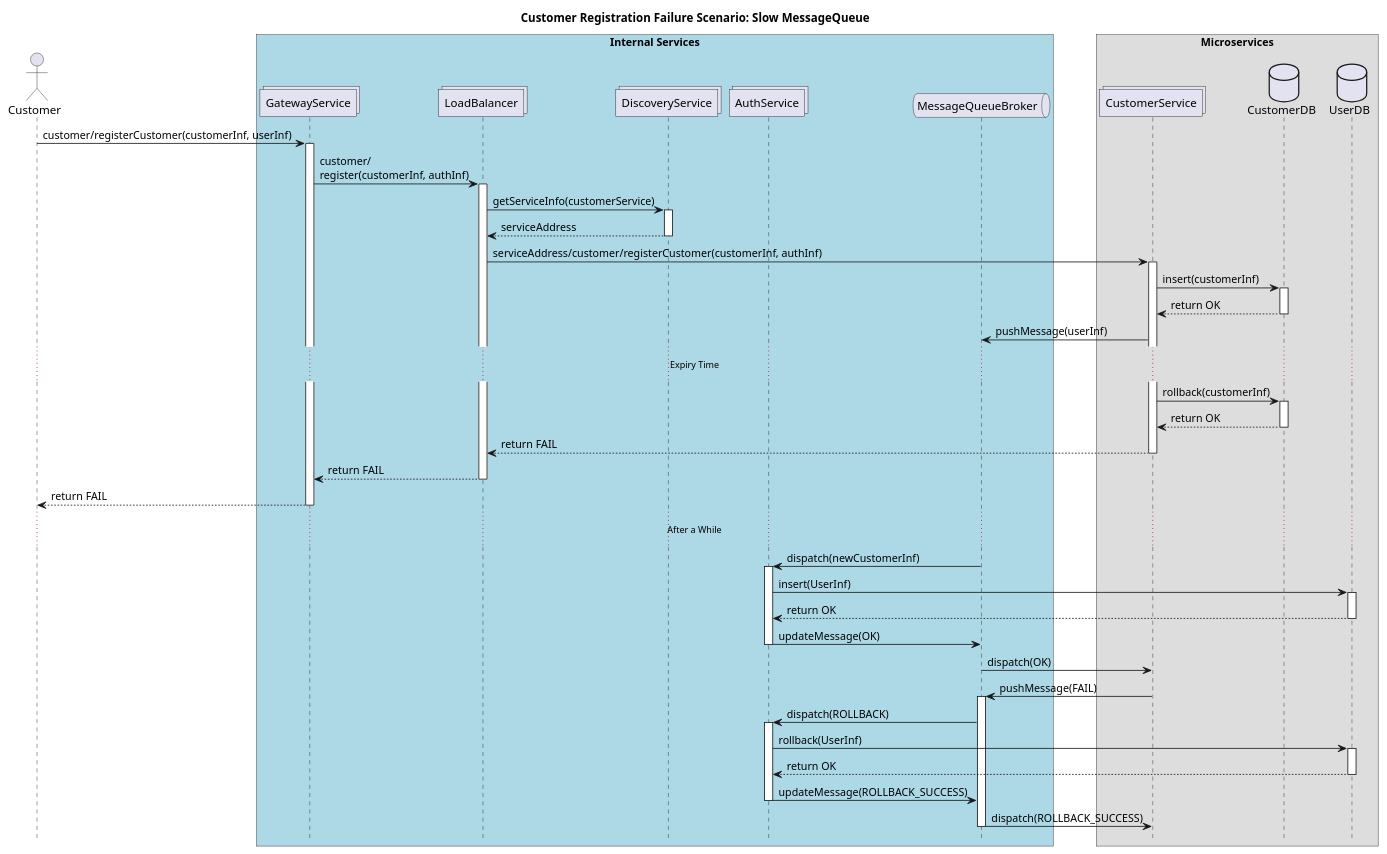
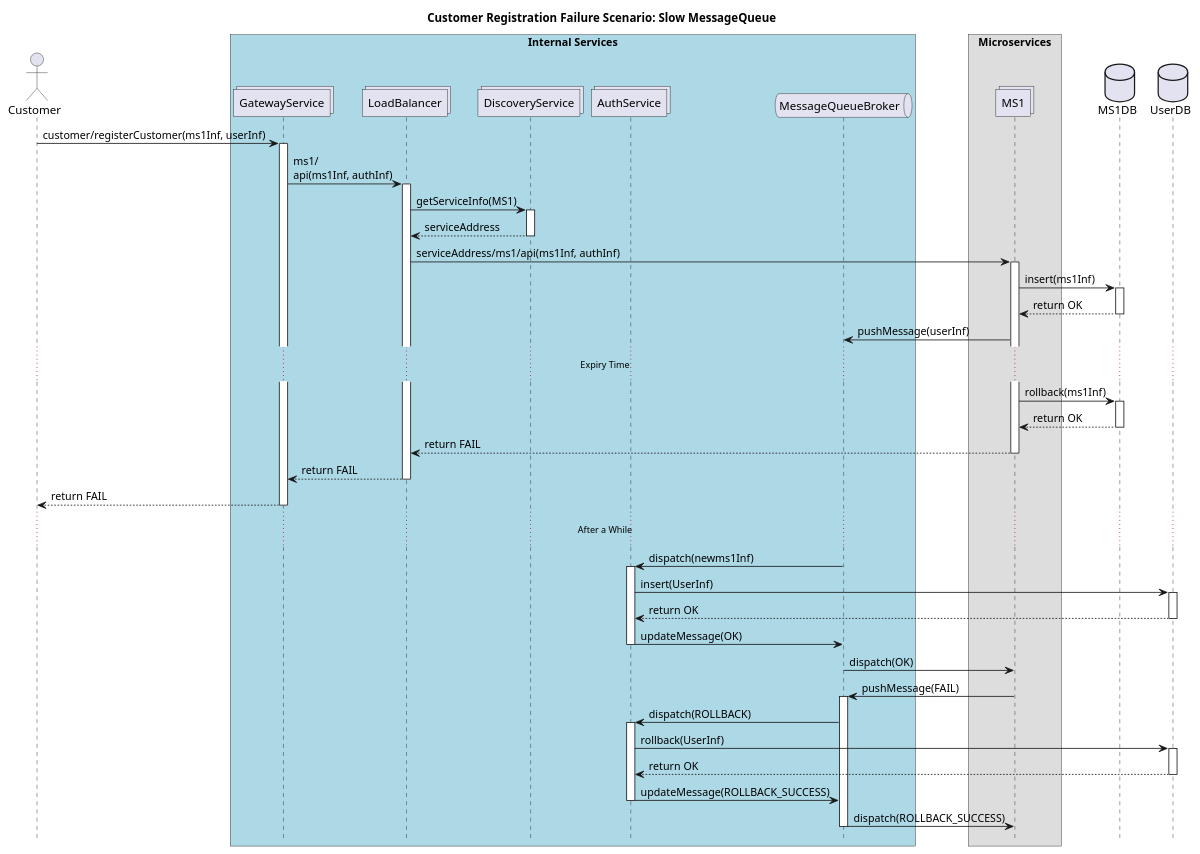
One commit to naimyurek/microblockthesis changed the diagram in 05 Client Registration Failure 2.wsd. Above: the diagram before and after it, drawn with PlantUML. The commit also changed 9 other files, not shown here.

```diff
--- a/05 Client Registration Failure 2.wsd
+++ b/05 Client Registration Failure 2.wsd
@@ -1,52 +1,53 @@
 @startuml CustomerRegistrationFailureScenarioSlowMessageQueue
 !pragma teoz true
 
 hide footbox
 actor Customer
 
 title "Customer Registration Failure Scenario: Slow MessageQueue"
 
 box "Internal Services" #LightBlue
 collections GatewayService
 collections LoadBalancer
 collections DiscoveryService
 collections AuthService
 queue MessageQueueBroker
 end box
 
 box "Microservices"
-collections CustomerService
-database CustomerDB
-database UserDB
+collections MS1
 end box
 
-Customer -> GatewayService ++ : customer/registerCustomer(customerInf, userInf)
-GatewayService -> LoadBalancer ++ : customer/\nregister(customerInf, authInf)
-LoadBalancer -> DiscoveryService ++ : getServiceInfo(customerService)
+database MS1DB
+database UserDB
+
+Customer -> GatewayService ++ : customer/registerCustomer(ms1Inf, userInf)
+GatewayService -> LoadBalancer ++ : ms1/\napi(ms1Inf, authInf)
+LoadBalancer -> DiscoveryService ++ : getServiceInfo(MS1)
 return serviceAddress 
-LoadBalancer -> CustomerService ++ : serviceAddress/customer/registerCustomer(customerInf, authInf)
-CustomerService -> CustomerDB ++: insert(customerInf)
+LoadBalancer -> MS1 ++ : serviceAddress/ms1/api(ms1Inf, authInf)
+MS1 -> MS1DB ++: insert(ms1Inf)
 return return OK 
-CustomerService -> MessageQueueBroker : pushMessage(userInf)
+MS1 -> MessageQueueBroker : pushMessage(userInf)
 ...Expiry Time...
-CustomerService -> CustomerDB ++: rollback(customerInf)
+MS1 -> MS1DB ++: rollback(ms1Inf)
 return return OK 
 return return FAIL 
 return return FAIL 
 return return FAIL 
 ...After a While...
-MessageQueueBroker -> AuthService ++ : dispatch(newCustomerInf)
+MessageQueueBroker -> AuthService ++ : dispatch(newms1Inf)
 AuthService -> UserDB ++ : insert(UserInf)
 return return OK 
 AuthService -> MessageQueueBroker -- : updateMessage(OK)
-MessageQueueBroker -> CustomerService -- : dispatch(OK)
-CustomerService -> MessageQueueBroker ++ : pushMessage(FAIL)
+MessageQueueBroker -> MS1 -- : dispatch(OK)
+MS1 -> MessageQueueBroker ++ : pushMessage(FAIL)
 MessageQueueBroker -> AuthService ++ : dispatch(ROLLBACK)
 AuthService -> UserDB ++ : rollback(UserInf)
 return return OK 
 AuthService -> MessageQueueBroker -- : updateMessage(ROLLBACK_SUCCESS) 
-MessageQueueBroker -> CustomerService -- : dispatch(ROLLBACK_SUCCESS)
+MessageQueueBroker -> MS1 -- : dispatch(ROLLBACK_SUCCESS)
 
 
 
 @enduml
```
